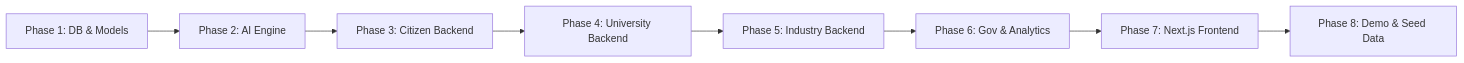
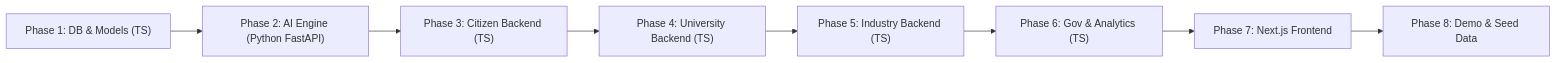
The second of 2 diagrams in README.md (Sourabh24101232/Samadhan-Setu-2.0), drawn with Mermaid before and after one commit. The commit also changed other lines of this file and 14 other files, not shown here.

````diff
--- a/README.md
+++ b/README.md
@@ -267,10 +267,10 @@
 ```mermaid
 graph LR
-    P1["Phase 1: DB & Models"] --> P2["Phase 2: AI Engine"]
-    P2 --> P3["Phase 3: Citizen Backend"]
-    P3 --> P4["Phase 4: University Backend"]
-    P4 --> P5["Phase 5: Industry Backend"]
-    P5 --> P6["Phase 6: Gov & Analytics"]
+    P1["Phase 1: DB & Models (TS)"] --> P2["Phase 2: AI Engine (Python FastAPI)"]
+    P2 --> P3["Phase 3: Citizen Backend (TS)"]
+    P3 --> P4["Phase 4: University Backend (TS)"]
+    P4 --> P5["Phase 5: Industry Backend (TS)"]
+    P5 --> P6["Phase 6: Gov & Analytics (TS)"]
     P6 --> P7["Phase 7: Next.js Frontend"]
     P7 --> P8["Phase 8: Demo & Seed Data"]
 ```
````
